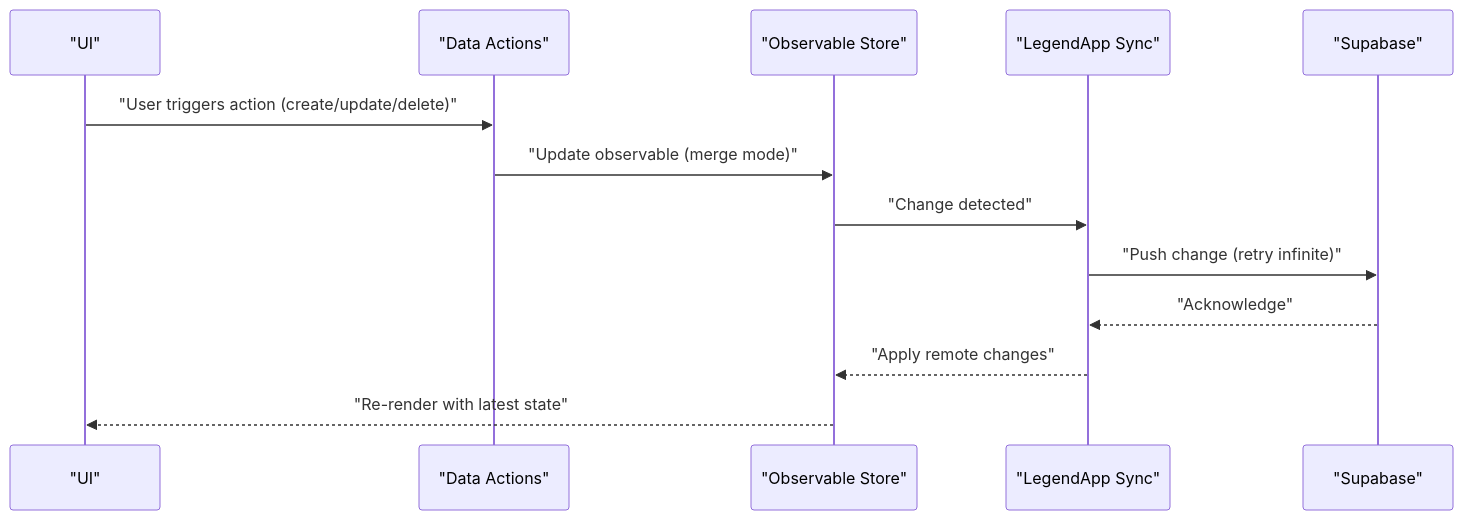
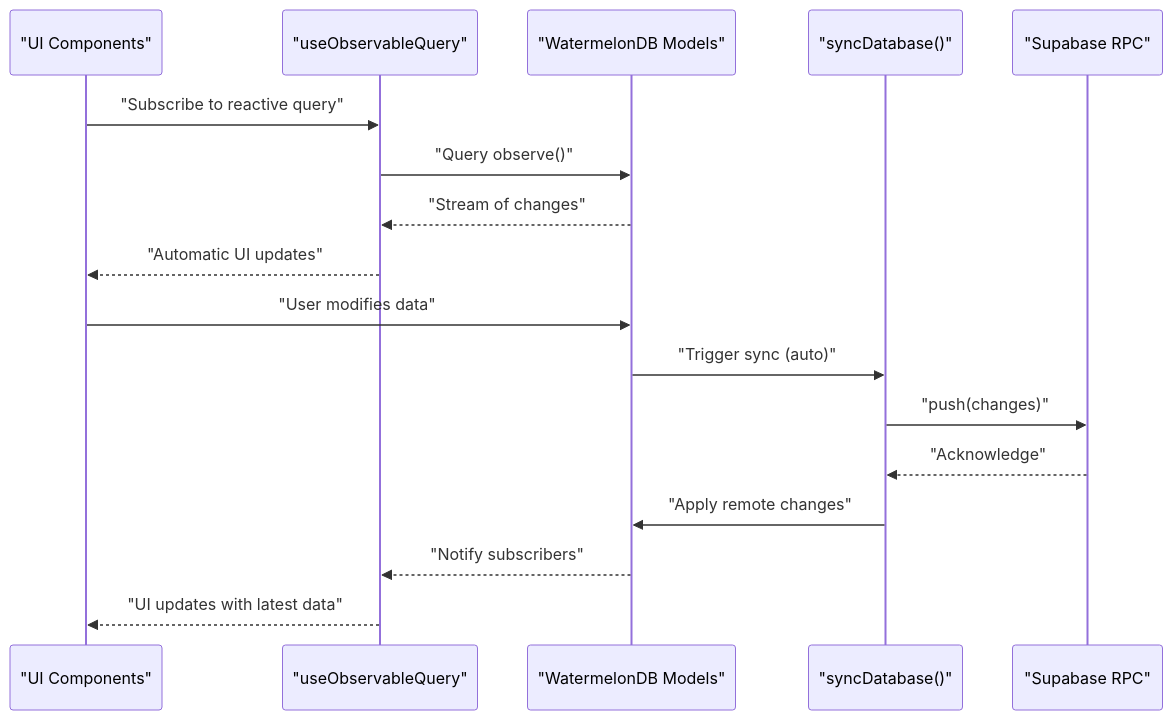
One commit to karllasouzza/PowerLists changed the second of 8 diagrams in .qoder/repowiki/en/content/State Management Architecture/Synchronization Strategies and Conflict Resolution.md. Above: the diagram before and after it, drawn with Mermaid. The commit also changed other lines of this file and 5 other files, not shown here.

First line of the commit message:
docs(database): add comprehensive WatermelonDB integration and migrate state management

````diff
--- a/.qoder/repowiki/en/content/State Management Architecture/Synchronization Strategies and Conflict Resolution.md
+++ b/.qoder/repowiki/en/content/State Management Architecture/Synchronization Strategies and Conflict Resolution.md
@@ -105,15 +114,19 @@
 ```mermaid
 sequenceDiagram
-participant UI as "UI"
-participant Actions as "Data Actions"
-participant Store as "Observable Store"
-participant Sync as "LegendApp Sync"
-participant DB as "Supabase"
-UI->>Actions : "User triggers action (create/update/delete)"
-Actions->>Store : "Update observable (merge mode)"
-Store->>Sync : "Change detected"
-Sync->>DB : "Push change (retry infinite)"
-DB-->>Sync : "Acknowledge"
-Sync-->>Store : "Apply remote changes"
-Store-->>UI : "Re-render with latest state"
+participant UI as "UI Components"
+participant Hooks as "useObservableQuery"
+participant DB as "WatermelonDB Models"
+participant Sync as "syncDatabase()"
+participant RPC as "Supabase RPC"
+UI->>Hooks : "Subscribe to reactive query"
+Hooks->>DB : "Query observe()"
+DB-->>Hooks : "Stream of changes"
+Hooks-->>UI : "Automatic UI updates"
+UI->>DB : "User modifies data"
+DB->>Sync : "Trigger sync (auto)"
+Sync->>RPC : "push(changes)"
+RPC-->>Sync : "Acknowledge"
+Sync->>DB : "Apply remote changes"
+DB-->>Hooks : "Notify subscribers"
+Hooks-->>UI : "UI updates with latest data"
 ```
````
